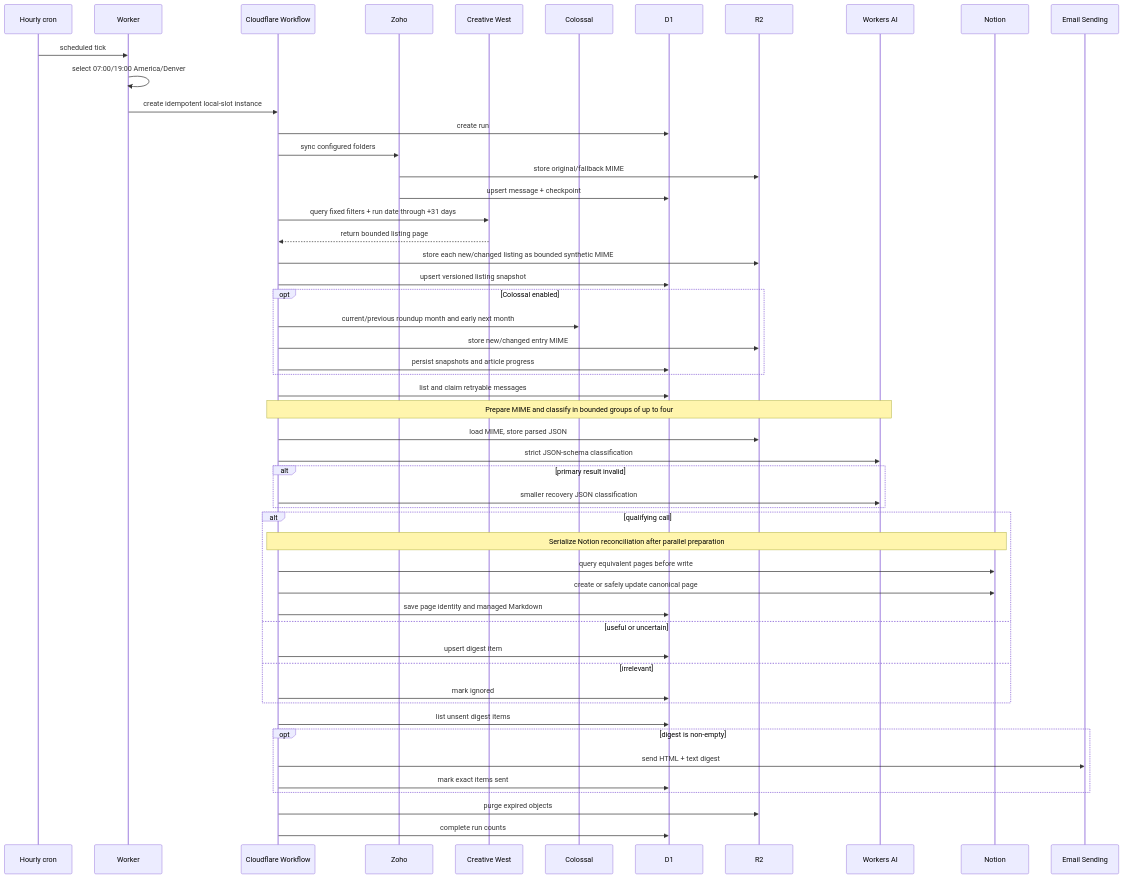
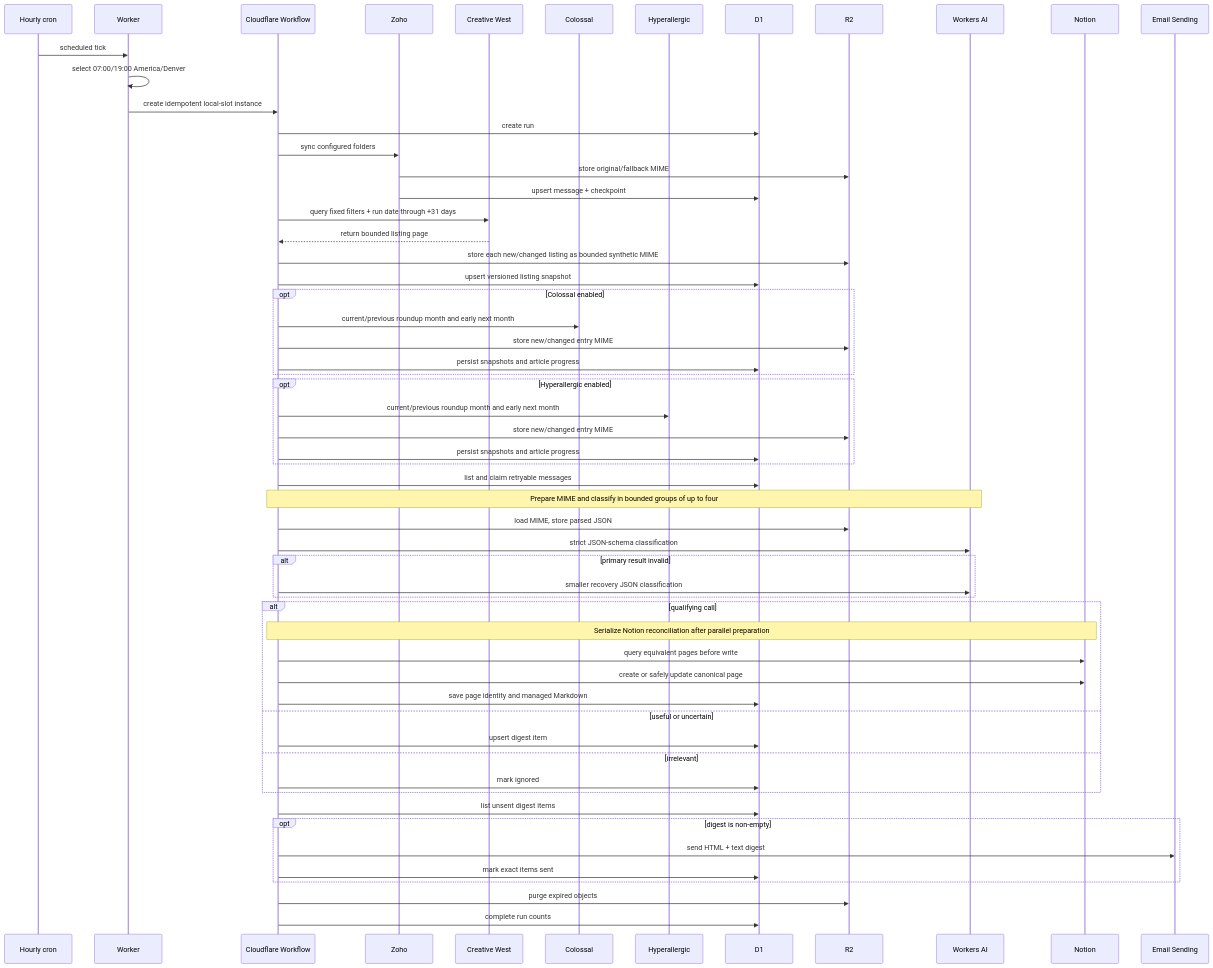
Before and after one commit to aindaco1/dust-wave-opportunity-radar: the diagram in docs/ARCHITECTURE.md, drawn with Mermaid. The commit also changed other lines of this file and 46 other files, not shown here.

````diff
--- a/docs/ARCHITECTURE.md
+++ b/docs/ARCHITECTURE.md
@@ -25,55 +26,61 @@
 ```mermaid
 sequenceDiagram
   participant Cron as Hourly cron
   participant Worker
   participant Flow as Cloudflare Workflow
   participant Zoho
   participant CW as Creative West
   participant Colossal
+  participant Hyperallergic
   participant D1
   participant R2
   participant AI as Workers AI
   participant Notion
   participant Email as Email Sending
 
   Cron->>Worker: scheduled tick
   Worker->>Worker: select 07:00/19:00 America/Denver
   Worker->>Flow: create idempotent local-slot instance
   Flow->>D1: create run
   Flow->>Zoho: sync configured folders
   Zoho->>R2: store original/fallback MIME
   Zoho->>D1: upsert message + checkpoint
   Flow->>CW: query fixed filters + run date through +31 days
   CW-->>Flow: return bounded listing page
   Flow->>R2: store each new/changed listing as bounded synthetic MIME
   Flow->>D1: upsert versioned listing snapshot
   opt Colossal enabled
     Flow->>Colossal: current/previous roundup month and early next month
+    Flow->>R2: store new/changed entry MIME
+    Flow->>D1: persist snapshots and article progress
+  end
+  opt Hyperallergic enabled
+    Flow->>Hyperallergic: current/previous roundup month and early next month
     Flow->>R2: store new/changed entry MIME
     Flow->>D1: persist snapshots and article progress
   end
   Flow->>D1: list and claim retryable messages
   Note over Flow,AI: Prepare MIME and classify in bounded groups of up to four
   Flow->>R2: load MIME, store parsed JSON
   Flow->>AI: strict JSON-schema classification
   alt primary result invalid
     Flow->>AI: smaller recovery JSON classification
   end
   alt qualifying call
     Note over Flow,Notion: Serialize Notion reconciliation after parallel preparation
     Flow->>Notion: query equivalent pages before write
     Flow->>Notion: create or safely update canonical page
     Flow->>D1: save page identity and managed Markdown
   else useful or uncertain
     Flow->>D1: upsert digest item
   else irrelevant
     Flow->>D1: mark ignored
   end
   Flow->>D1: list unsent digest items
   opt digest is non-empty
     Flow->>Email: send HTML + text digest
     Flow->>D1: mark exact items sent
   end
   Flow->>R2: purge expired objects
   Flow->>D1: complete run counts
 ```
````
